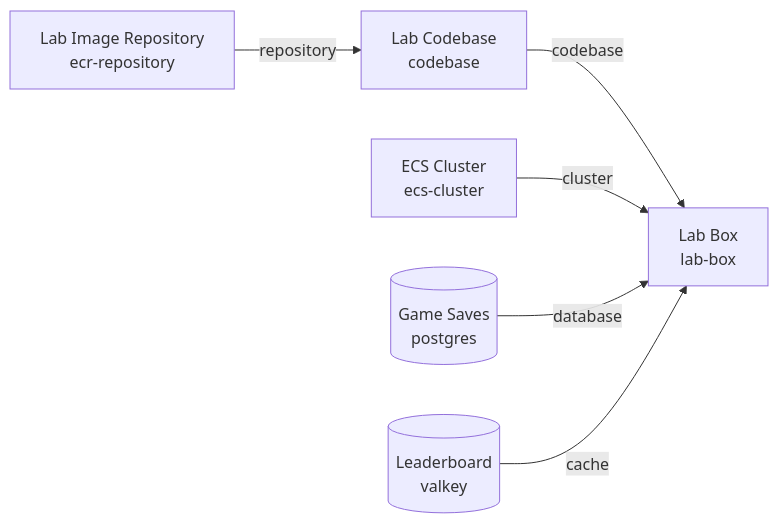
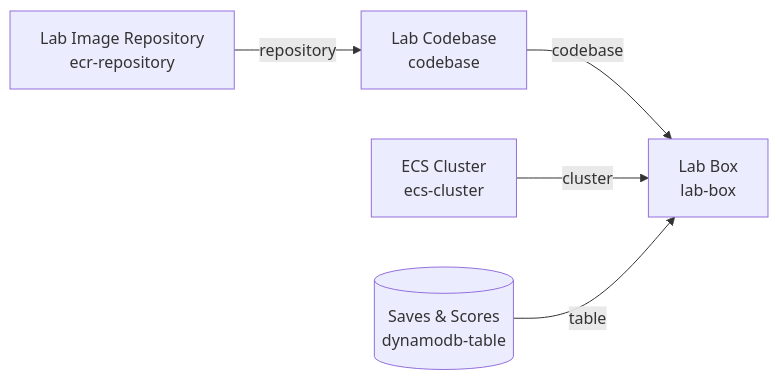
One commit to massdriver-catalogs/aws changed the third of 9 diagrams in examples/gamelab/README.md. Above: the diagram before and after it, drawn with Mermaid. The commit also changed other lines of this file, not shown here.

Commit message:
Show saves, high scores and sleeping labs in the Gamelab guide

````diff
--- a/examples/gamelab/README.md
+++ b/examples/gamelab/README.md
@@ -78,8 +78,7 @@
 ```mermaid
 flowchart LR
   registry["Lab Image Repository<br>ecr-repository"] -- repository --> codebase["Lab Codebase<br>codebase"]
   codebase -- codebase --> labbox["Lab Box<br>lab-box"]
   cluster["ECS Cluster<br>ecs-cluster"] -- cluster --> labbox
-  pg[("Game Saves<br>postgres")] -- database --> labbox
-  vk[("Leaderboard<br>valkey")] -- cache --> labbox
+  dt[("Saves & Scores<br>dynamodb-table")] -- table --> labbox
 ```
````
